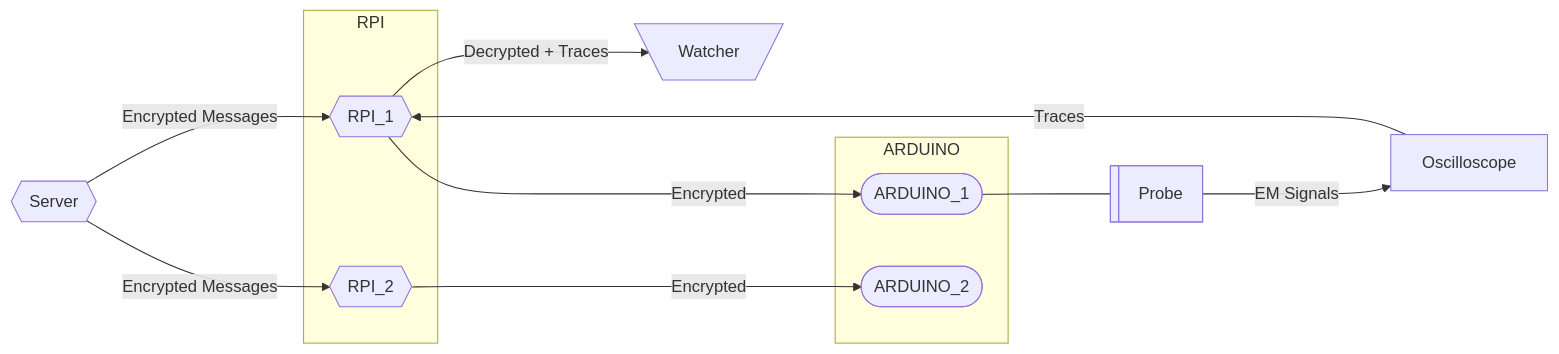
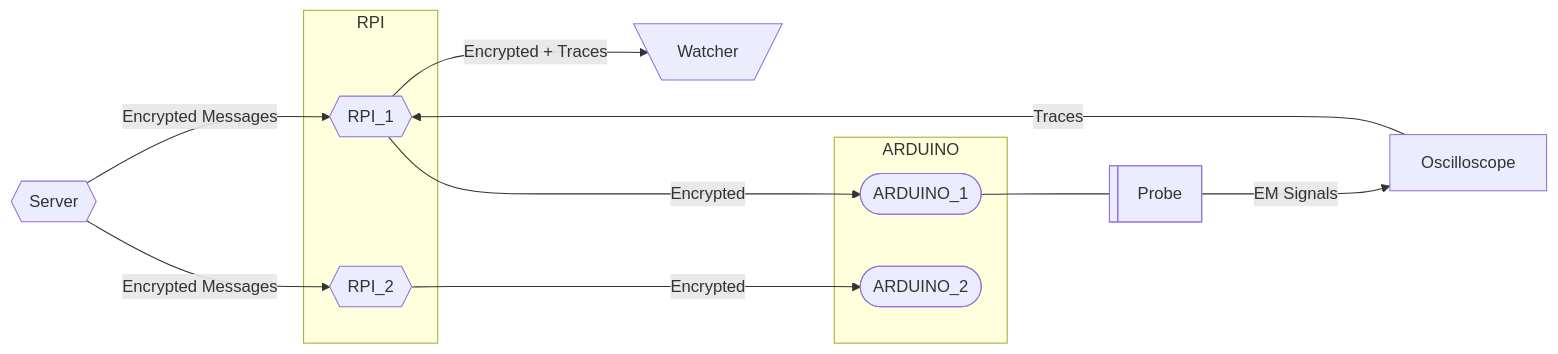
Before and after one commit to aknay/defconsg-2026-nice-lab: the diagram in README.md, drawn with Mermaid. The commit also changed other lines of this file, not shown here.

Commit message:
Update README to reflect encrypted messages collection

````diff
--- a/README.md
+++ b/README.md
@@ -67,31 +67,31 @@
 ```mermaid
 flowchart LR
     %% Node Definitions
     SERVER@{ shape: hex, label: "Server" }
     WATCHER@{ shape: trap-t, label: "Watcher" }
     DUT@{ shape: rect, label: "Oscilloscope" }
     PROBE@{ shape: lin-rect, label: "Probe" }
 
     subgraph RPI
         RPI1@{ shape: hex, label: "RPI_1" }
         RPI2@{ shape: hex, label: "RPI_2" }
     end
 
     subgraph ARDUINO
         A1@{ shape: stadium, label: "ARDUINO_1" }
         A2@{ shape: stadium, label: "ARDUINO_2" }
     end
 
     %% Connections
     SERVER -->|Encrypted Messages| RPI1
     SERVER -->|Encrypted Messages| RPI2
 
     RPI1 -->|Encrypted| A1
     RPI2 --->|Encrypted| A2
 
     A1 --- PROBE
     PROBE --->|EM Signals| DUT
     DUT --->|Traces| RPI1
     
-    RPI1 -->|Decrypted + Traces| WATCHER
+    RPI1 -->|Encrypted + Traces| WATCHER
 ```
````
